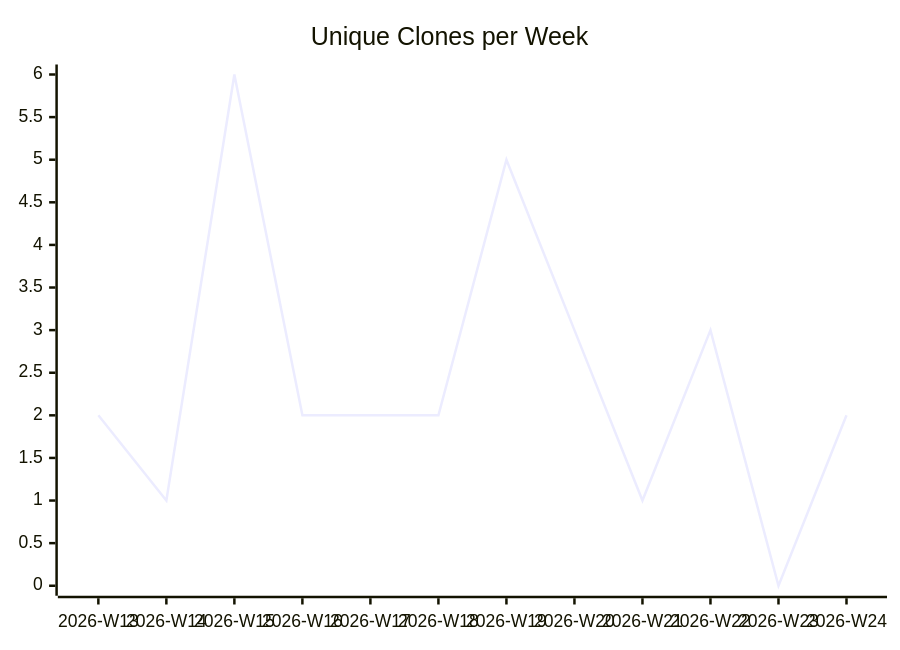
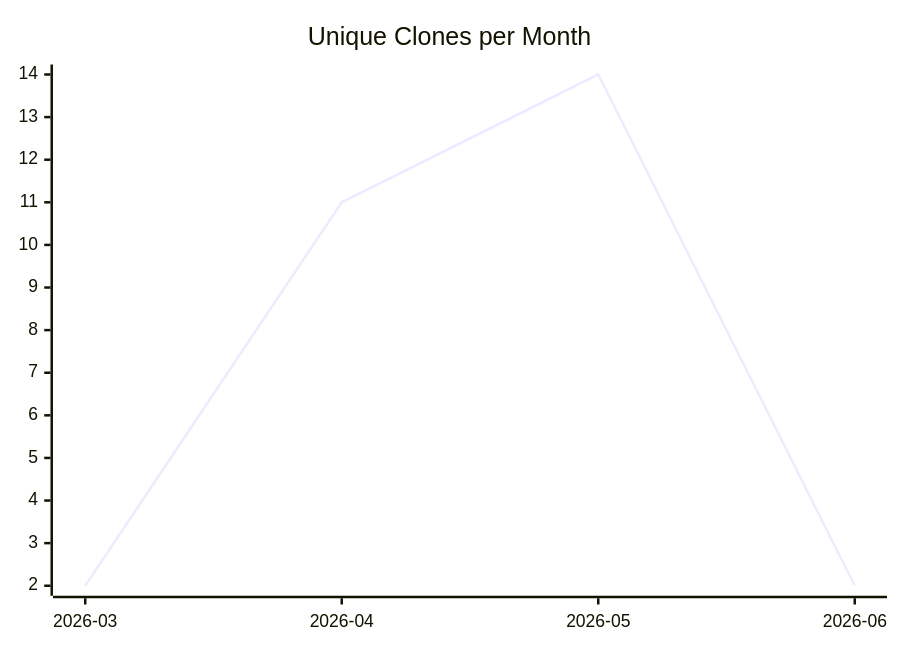
The third of 3 diagrams in karlmdavis/m2e-core/README.md (justdavis-family/github-analytics-data), drawn with Mermaid before and after one commit. The commit also changed other lines of this file and 198 other files, not shown here.

````diff
--- a/karlmdavis/m2e-core/README.md
+++ b/karlmdavis/m2e-core/README.md
@@ -19,6 +19,6 @@
 ```mermaid
 xychart-beta
-  title "Unique Clones per Week"
-  x-axis ["2026-W13", "2026-W14", "2026-W15", "2026-W16", "2026-W17", "2026-W18", "2026-W19", "2026-W20", "2026-W21", "2026-W22", "2026-W23", "2026-W24"]
-  line [2, 1, 6, 2, 2, 2, 5, 3, 1, 3, 0, 2]
+  title "Unique Clones per Month"
+  x-axis ["2026-03", "2026-04", "2026-05", "2026-06"]
+  line [2, 11, 14, 2]
 ```
````
